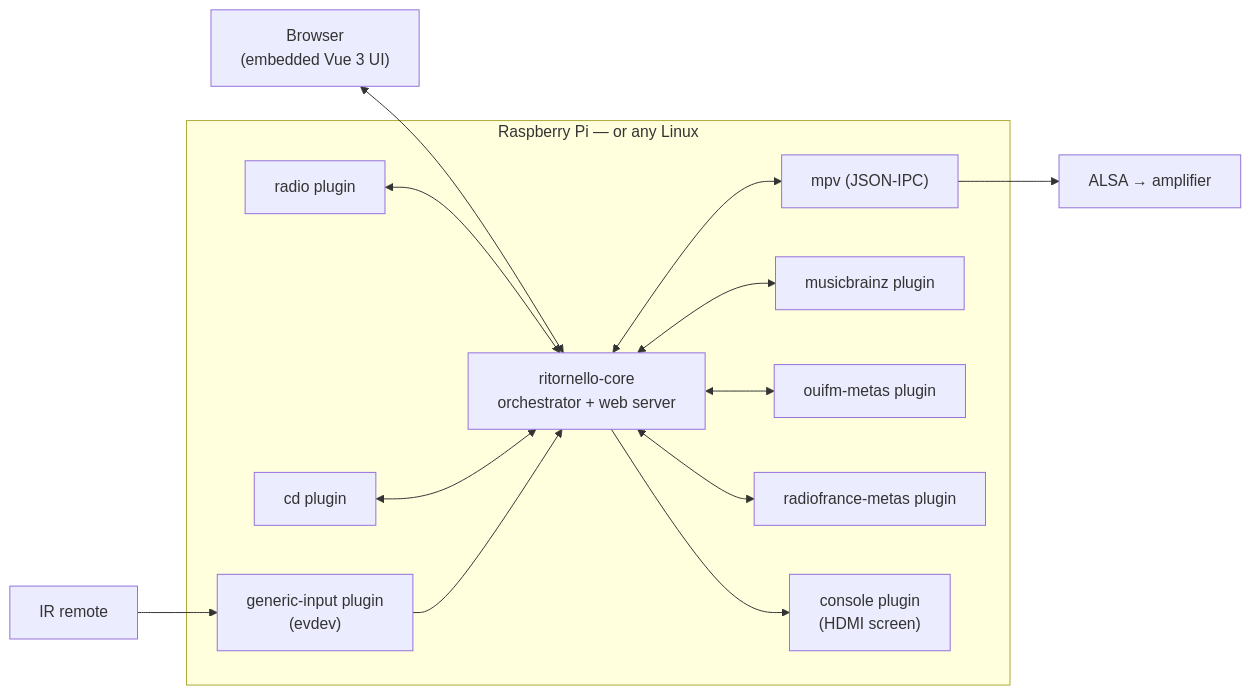
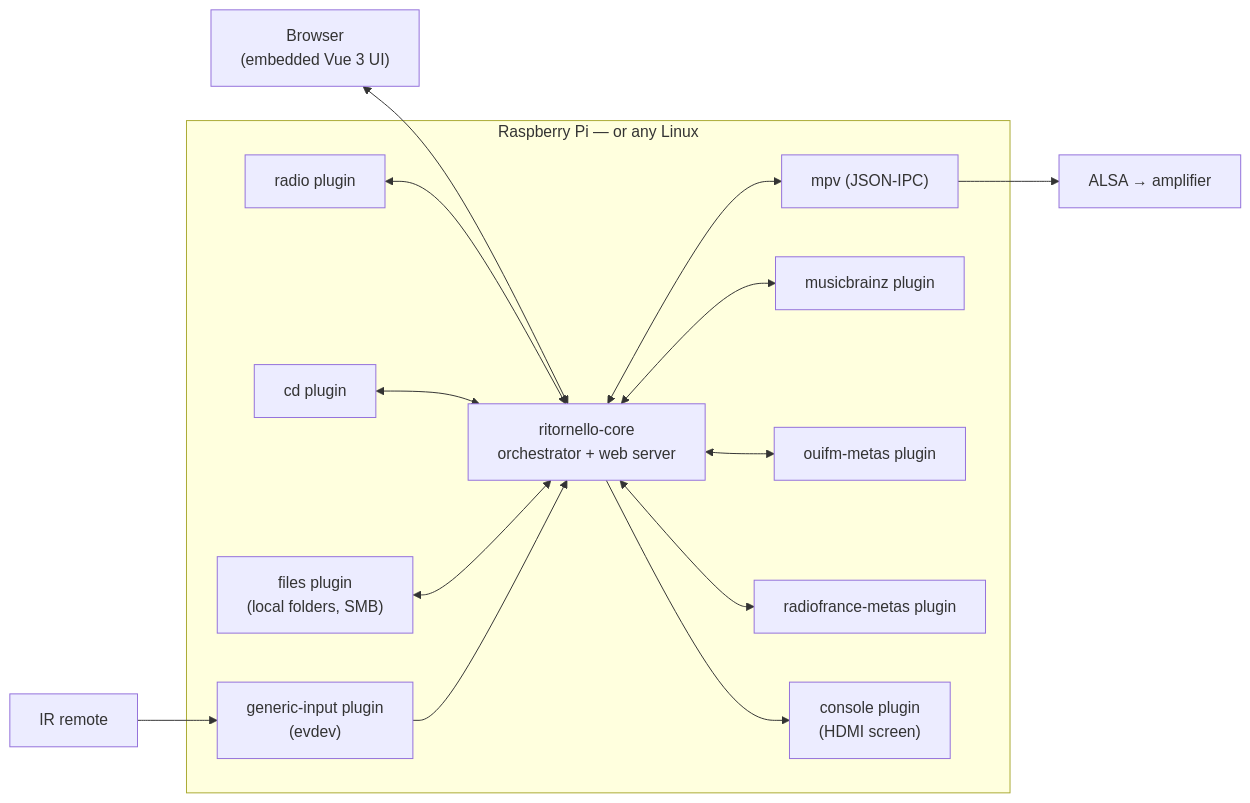
Before and after one commit to skerdudou/ritornello: the diagram in README.md, drawn with Mermaid. The commit also changed other lines of this file and 35 other files, not shown here.

````diff
--- a/README.md
+++ b/README.md
@@ -47,18 +50,19 @@
 ```mermaid
 flowchart LR
     ir["IR remote"] --> input
     browser["Browser<br/>(embedded Vue 3 UI)"] <--> core
     subgraph device["Raspberry Pi — or any Linux"]
         core["ritornello-core<br/>orchestrator + web server"]
         mpv["mpv (JSON-IPC)"]
         radio["radio plugin"] <--> core
         cd["cd plugin"] <--> core
+        files["files plugin<br/>(local folders, SMB)"] <--> core
         core <--> mb["musicbrainz plugin"]
         core <--> ouifm["ouifm-metas plugin"]
         core <--> rf["radiofrance-metas plugin"]
         input["generic-input plugin<br/>(evdev)"] --> core
         core --> console["console plugin<br/>(HDMI screen)"]
         core <--> mpv
     end
     mpv --> hp["ALSA → amplifier"]
 ```
````
